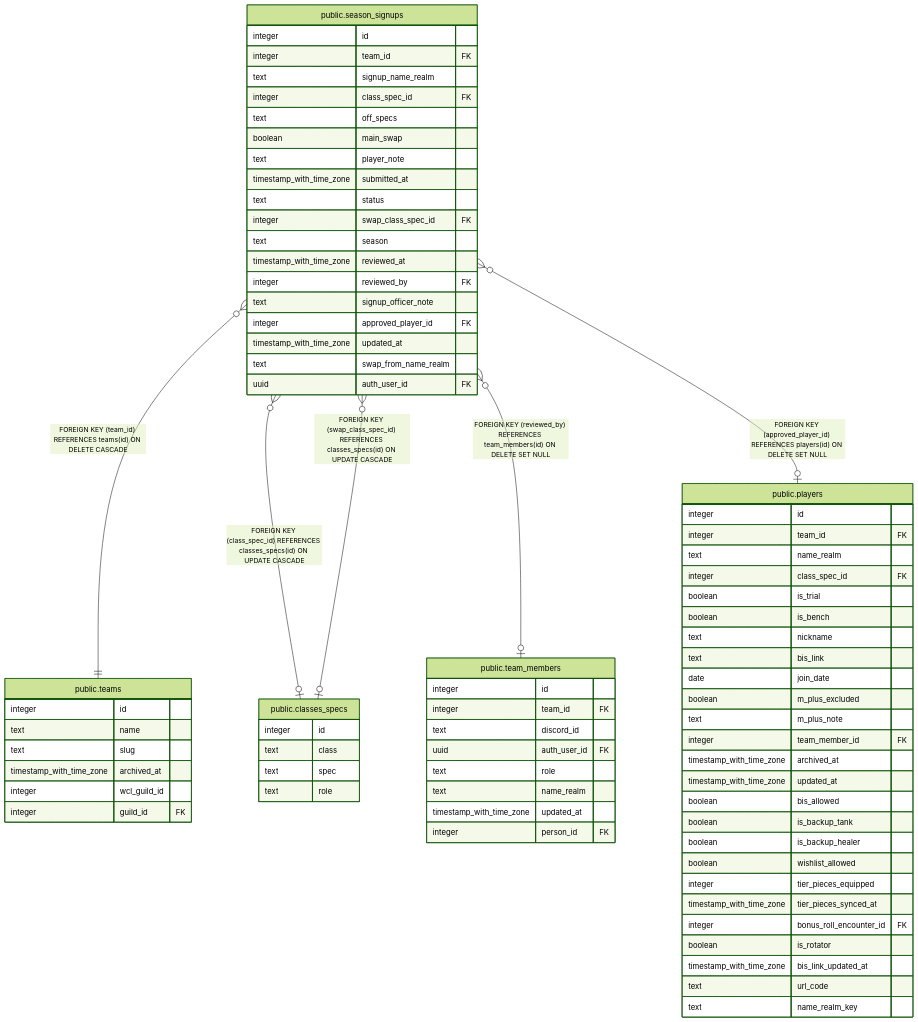
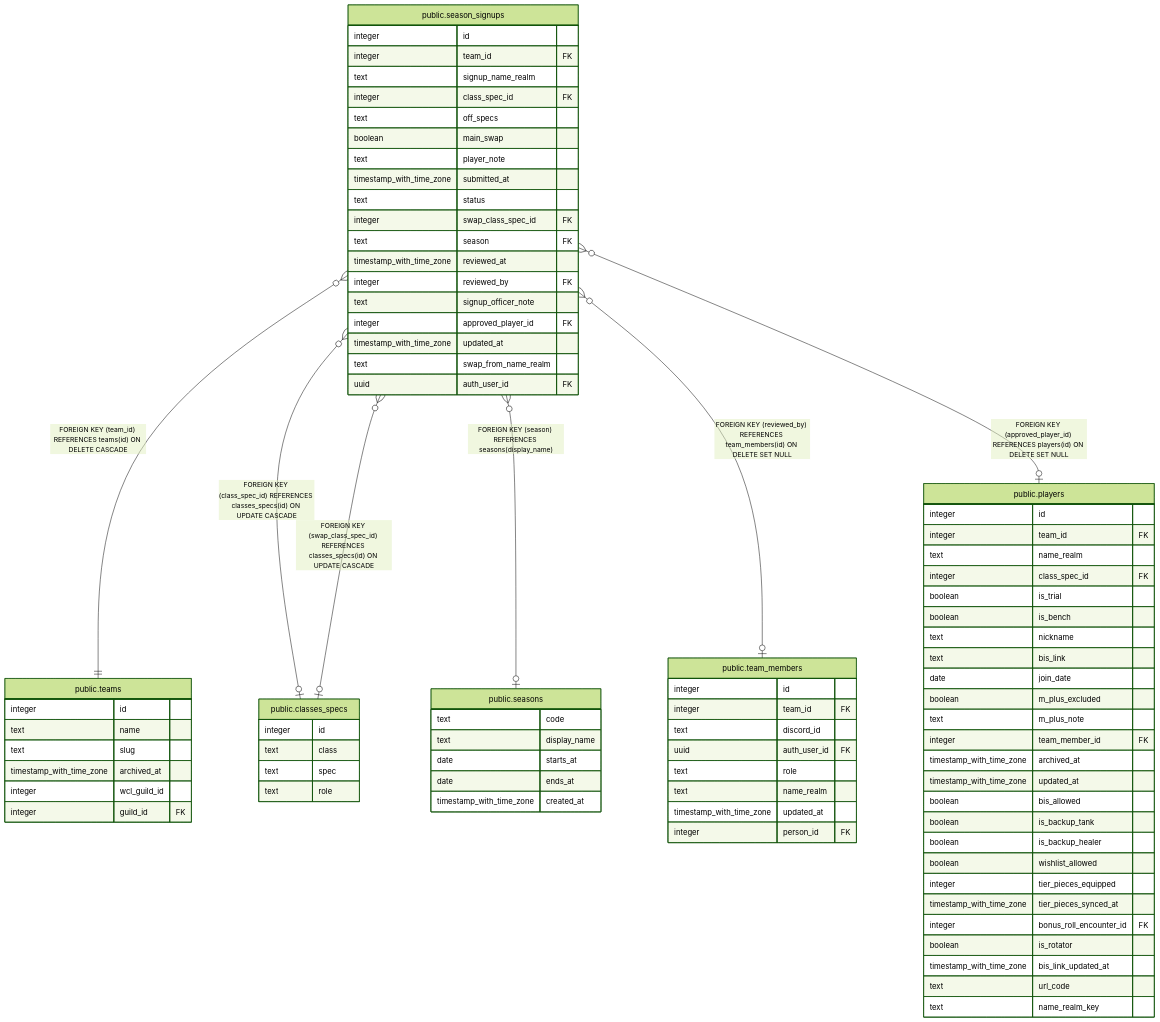
The diagram in dbdoc/public.season_signups.md (katogaming88/WGA-Raid-Hub), drawn with Mermaid (forest theme) before and after one commit. The commit also changed other lines of this file and 64 other files, not shown here.

First line of the commit message:
A seasons table, a foreign key on every season column, and the sync keeping the team's stamp (v3.123.0) (#1194)

```diff
--- a/dbdoc/public.season_signups.md
+++ b/dbdoc/public.season_signups.md
@@ -57,6 +58,7 @@
 "public.season_signups" }o--|| "public.teams" : "FOREIGN KEY (team_id) REFERENCES teams(id) ON DELETE CASCADE"
 "public.season_signups" }o--o| "public.classes_specs" : "FOREIGN KEY (class_spec_id) REFERENCES classes_specs(id) ON UPDATE CASCADE"
 "public.season_signups" }o--o| "public.classes_specs" : "FOREIGN KEY (swap_class_spec_id) REFERENCES classes_specs(id) ON UPDATE CASCADE"
+"public.season_signups" }o--o| "public.seasons" : "FOREIGN KEY (season) REFERENCES seasons(display_name)"
 "public.season_signups" }o--o| "public.team_members" : "FOREIGN KEY (reviewed_by) REFERENCES team_members(id) ON DELETE SET NULL"
 "public.season_signups" }o--o| "public.players" : "FOREIGN KEY (approved_player_id) REFERENCES players(id) ON DELETE SET NULL"
 
@@ -71,7 +73,7 @@
   timestamp_with_time_zone submitted_at
   text status
   integer swap_class_spec_id FK
-  text season
+  text season FK
   timestamp_with_time_zone reviewed_at
   integer reviewed_by FK
   text signup_officer_note
@@ -93,6 +95,13 @@
   text class
   text spec
   text role
+}
+"public.seasons" {
+  text code
+  text display_name
+  date starts_at
+  date ends_at
+  timestamp_with_time_zone created_at
 }
 "public.team_members" {
   integer id
```
